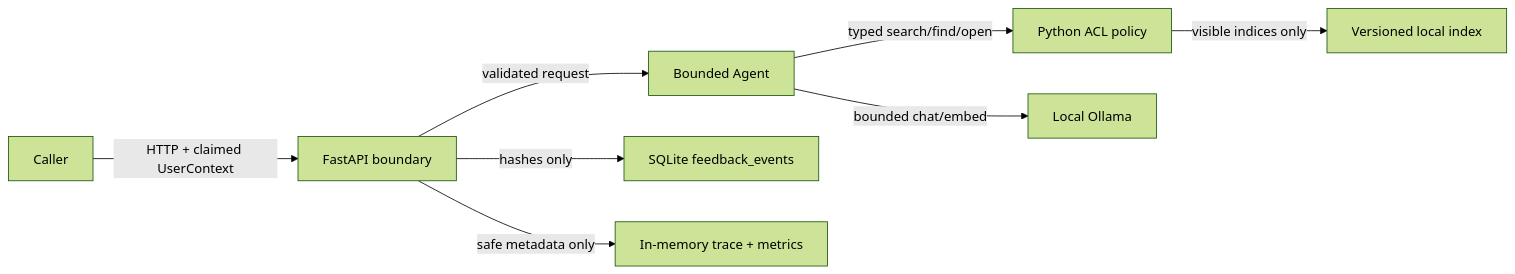
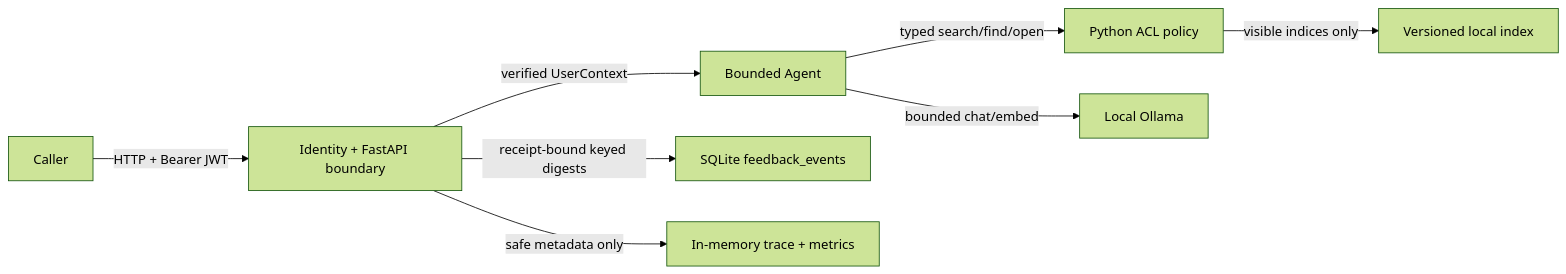
The diagram in docs/security_threat_model.md (godofxuan/Attempt-of-enterprise-rag-copilot), drawn with Mermaid (forest theme) before and after one commit. The commit also changed other lines of this file and 87 other files, not shown here.

Commit message:
feat: harden trusted identity boundary

````diff
--- a/docs/security_threat_model.md
+++ b/docs/security_threat_model.md
@@ -20,10 +56,10 @@
 ```mermaid
 flowchart LR
-    U["Caller"] -->|"HTTP + claimed UserContext"| API["FastAPI boundary"]
-    API -->|"validated request"| A["Bounded Agent"]
+    U["Caller"] -->|"HTTP + Bearer JWT"| API["Identity + FastAPI boundary"]
+    API -->|"verified UserContext"| A["Bounded Agent"]
     A -->|"typed search/find/open"| ACL["Python ACL policy"]
     ACL -->|"visible indices only"| IDX["Versioned local index"]
     A -->|"bounded chat/embed"| O["Local Ollama"]
-    API -->|"hashes only"| DB["SQLite feedback_events"]
+    API -->|"receipt-bound keyed digests"| DB["SQLite feedback_events"]
     API -->|"safe metadata only"| OBS["In-memory trace + metrics"]
 ```
````
